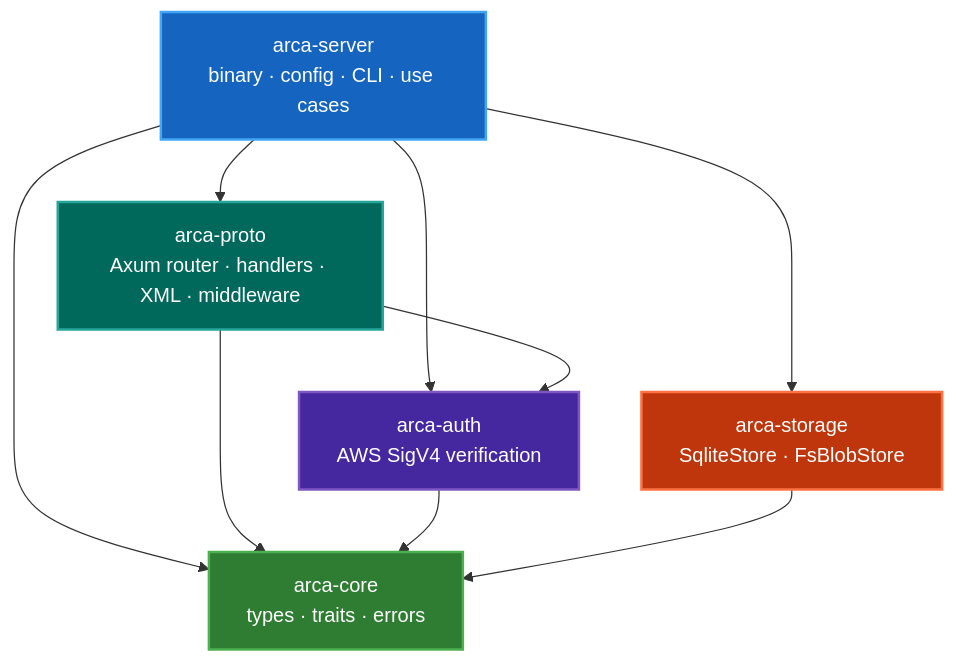
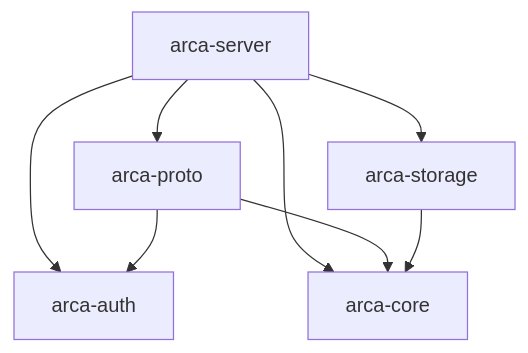
The second of 4 diagrams in documentation/docs/reference/architecture.md (dxc-technology/arca), drawn with Mermaid before and after one commit. The commit also changed other lines of this file and 44 other files, not shown here.

````diff
--- a/documentation/docs/reference/architecture.md
+++ b/documentation/docs/reference/architecture.md
@@ -39,23 +34,16 @@
 ```mermaid
 graph TD
-    SERVER["arca-server<br/>binary · config · CLI · use cases"]
-    PROTO["arca-proto<br/>Axum router · handlers · XML · middleware"]
-    STORAGE["arca-storage<br/>SqliteStore · FsBlobStore"]
-    AUTH["arca-auth<br/>AWS SigV4 verification"]
-    CORE["arca-core<br/>types · traits · errors"]
+    SERVER["arca-server"]
+    PROTO["arca-proto"]
+    STORAGE["arca-storage"]
+    AUTH["arca-auth"]
+    CORE["arca-core"]
 
     SERVER --> PROTO
     SERVER --> STORAGE
     SERVER --> AUTH
     SERVER --> CORE
     PROTO --> AUTH
     PROTO --> CORE
-    AUTH --> CORE
     STORAGE --> CORE
-
-    style CORE fill:#2e7d32,stroke:#4caf50,stroke-width:2px,color:#fff
-    style SERVER fill:#1565c0,stroke:#42a5f5,stroke-width:2px,color:#fff
-    style PROTO fill:#00695c,stroke:#26a69a,stroke-width:2px,color:#fff
-    style AUTH fill:#4527a0,stroke:#7e57c2,stroke-width:2px,color:#fff
-    style STORAGE fill:#bf360c,stroke:#ff7043,stroke-width:2px,color:#fff
 ```
````
